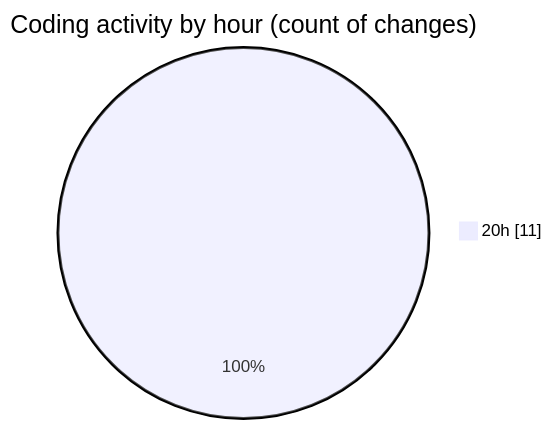
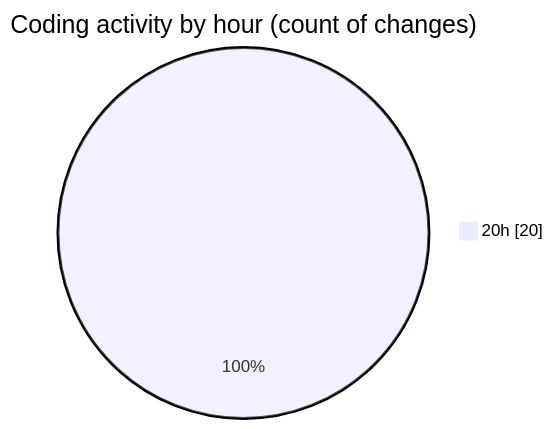
The second of 2 diagrams in 2025-03-24/back-end/README.md (Netris89/code-tracking), drawn with Mermaid before and after one commit. The commit also changed other lines of this file and 1 other file, not shown here.

````diff
--- a/2025-03-24/back-end/README.md
+++ b/2025-03-24/back-end/README.md
@@ -28,5 +29,5 @@
 ```mermaid
 pie showData
 title Coding activity by hour (count of changes)
-"20h" : 11
+"20h" : 20
 ```
````
